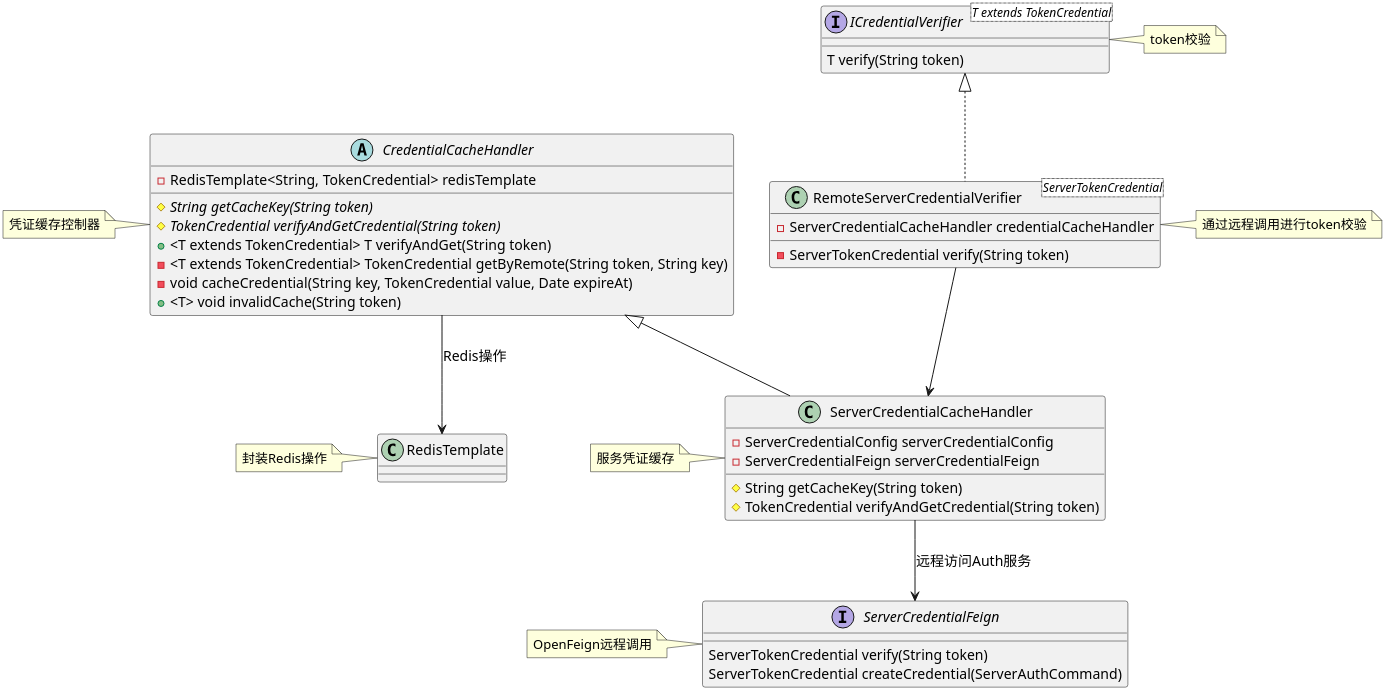
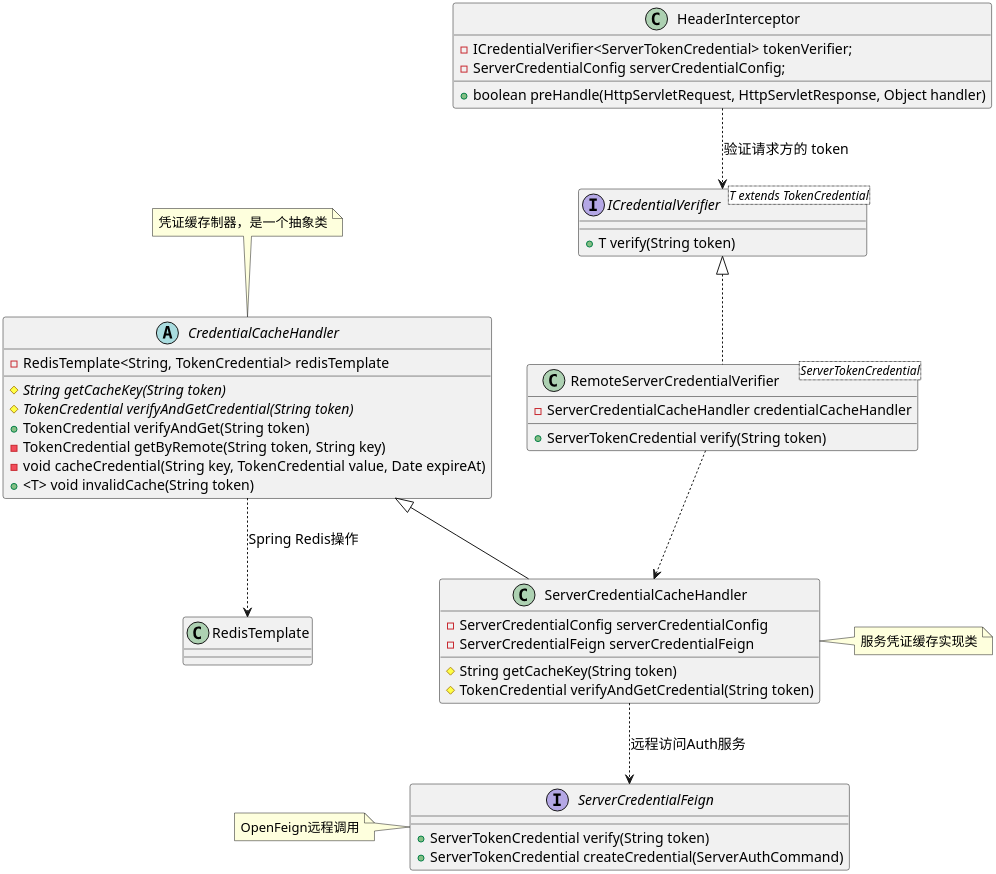
Before and after one commit to Etherealss/MessagePusher: the diagram in uml/security/token检验/类图 剔除本地.puml, drawn with PlantUML. The commit also changed 23 other files, not shown here.

```diff
--- a/uml/security/token检验/类图 剔除本地.puml
+++ b/uml/security/token检验/类图 剔除本地.puml
@@ -1,52 +1,56 @@
 @startuml
 'https://plantuml.com/class-diagram
 skinparam shadowing false
 skinparam defaultFontName xfonts-wqy
 skinparam dpi 300
 skinparam activity  {
     DiamondFontSize 14
     ArrowFontSize 14
     FontSize 14
 }
 
+class HeaderInterceptor {
+    - ICredentialVerifier<ServerTokenCredential> tokenVerifier;
+    - ServerCredentialConfig serverCredentialConfig;
+    + boolean preHandle(HttpServletRequest, HttpServletResponse, Object handler)
+}
+HeaderInterceptor ..> ICredentialVerifier: 验证请求方的 token
+
 abstract class CredentialCacheHandler {
     - RedisTemplate<String, TokenCredential> redisTemplate
     # {abstract} String getCacheKey(String token)
     # {abstract} TokenCredential verifyAndGetCredential(String token)
-    + <T extends TokenCredential> T verifyAndGet(String token)
-    - <T extends TokenCredential> TokenCredential getByRemote(String token, String key)
+    + TokenCredential verifyAndGet(String token)
+    - TokenCredential getByRemote(String token, String key)
     - void cacheCredential(String key, TokenCredential value, Date expireAt)
     + <T> void invalidCache(String token)
 }
-note left of CredentialCacheHandler:凭证缓存控制器
-CredentialCacheHandler --> RedisTemplate: Redis操作
+note top of CredentialCacheHandler:凭证缓存制器，是一个抽象类
+CredentialCacheHandler ..> RedisTemplate: Spring Redis操作
 class RedisTemplate
-note left of RedisTemplate: 封装Redis操作
 
 class ServerCredentialCacheHandler extends CredentialCacheHandler {
     - ServerCredentialConfig serverCredentialConfig
     - ServerCredentialFeign serverCredentialFeign
     # String getCacheKey(String token)
     # TokenCredential verifyAndGetCredential(String token)
 }
-note left of ServerCredentialCacheHandler: 服务凭证缓存
-ServerCredentialCacheHandler --> ServerCredentialFeign: 远程访问Auth服务
+note right of ServerCredentialCacheHandler: 服务凭证缓存实现类
+ServerCredentialCacheHandler ..> ServerCredentialFeign: 远程访问Auth服务
 interface ServerCredentialFeign {
-    ServerTokenCredential verify(String token)
-    ServerTokenCredential createCredential(ServerAuthCommand)
+    + ServerTokenCredential verify(String token)
+    + ServerTokenCredential createCredential(ServerAuthCommand)
 }
 note left of ServerCredentialFeign: OpenFeign远程调用
 
 
 interface ICredentialVerifier<T extends TokenCredential> {
-    T verify(String token)
+    + T verify(String token)
 }
-note right of ICredentialVerifier: token校验
 class RemoteServerCredentialVerifier<ServerTokenCredential> implements ICredentialVerifier {
     - ServerCredentialCacheHandler credentialCacheHandler
-    - ServerTokenCredential verify(String token)
+    + ServerTokenCredential verify(String token)
 }
-RemoteServerCredentialVerifier --> ServerCredentialCacheHandler
-note right of RemoteServerCredentialVerifier: 通过远程调用进行token校验
+RemoteServerCredentialVerifier ..> ServerCredentialCacheHandler
 
 @enduml
```
